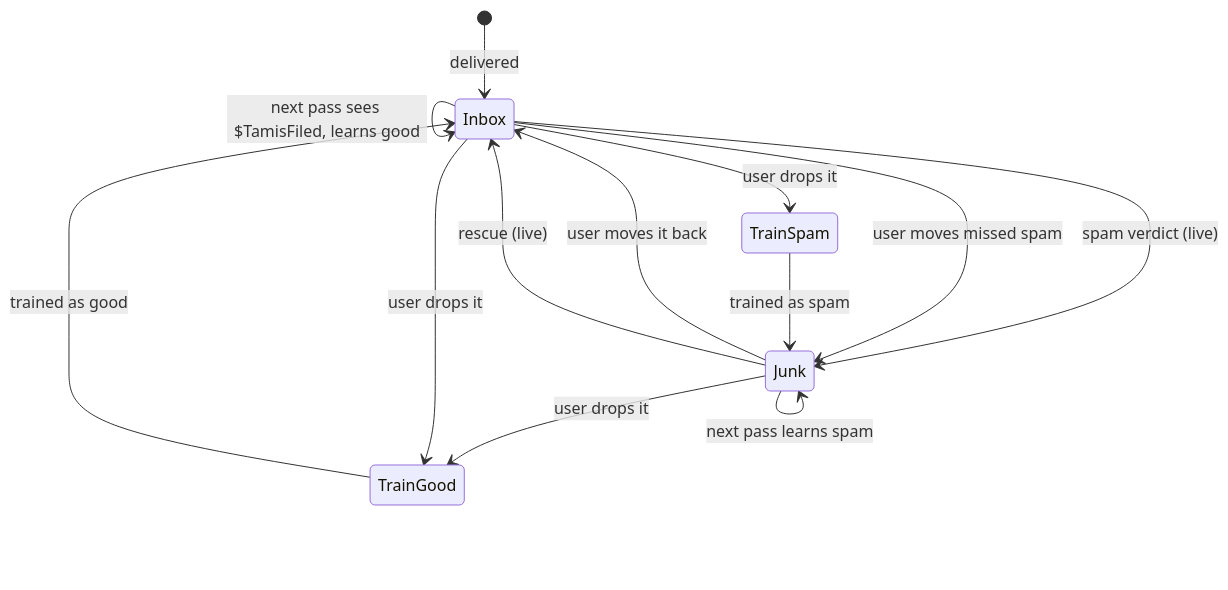
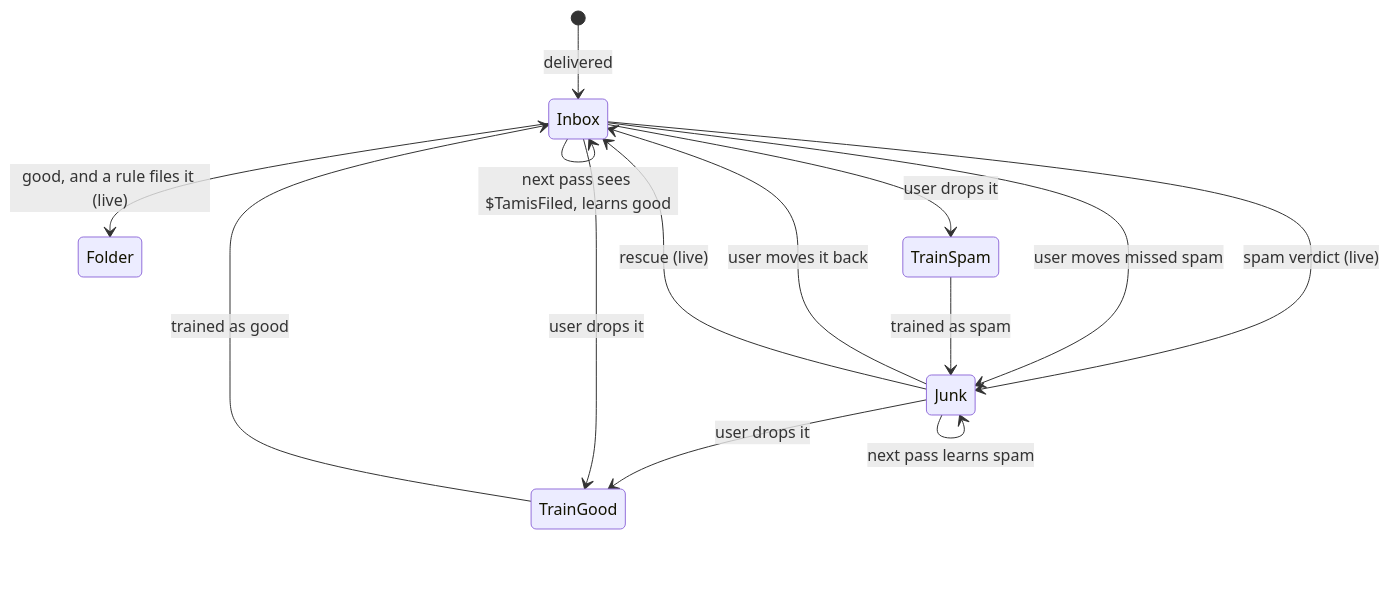
Before and after one commit to hugoh/tamis: the ninth of 10 diagrams in docs/engine.md, drawn with Mermaid. The commit also changed other lines of this file and 22 other files, not shown here.

````diff
--- a/docs/engine.md
+++ b/docs/engine.md
@@ -368,15 +370,16 @@
 ```mermaid
 stateDiagram-v2
     [*] --> Inbox: delivered
     Inbox --> Junk: spam verdict (live)
+    Inbox --> Folder: good, and a rule files it (live)
     Junk --> Inbox: user moves it back
     Inbox --> Inbox: next pass sees $TamisFiled, learns good
     Inbox --> Junk: user moves missed spam
     Junk --> Junk: next pass learns spam
     Junk --> Inbox: rescue (live)
     Inbox --> TrainSpam: user drops it
     Junk --> TrainGood: user drops it
     Inbox --> TrainGood: user drops it
     TrainSpam --> Junk: trained as spam
     TrainGood --> Inbox: trained as good
 ```
````
